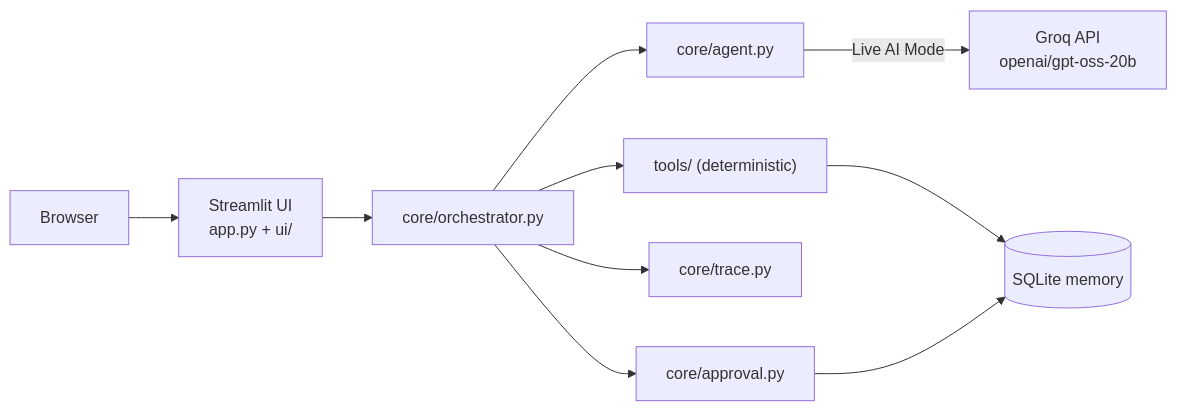
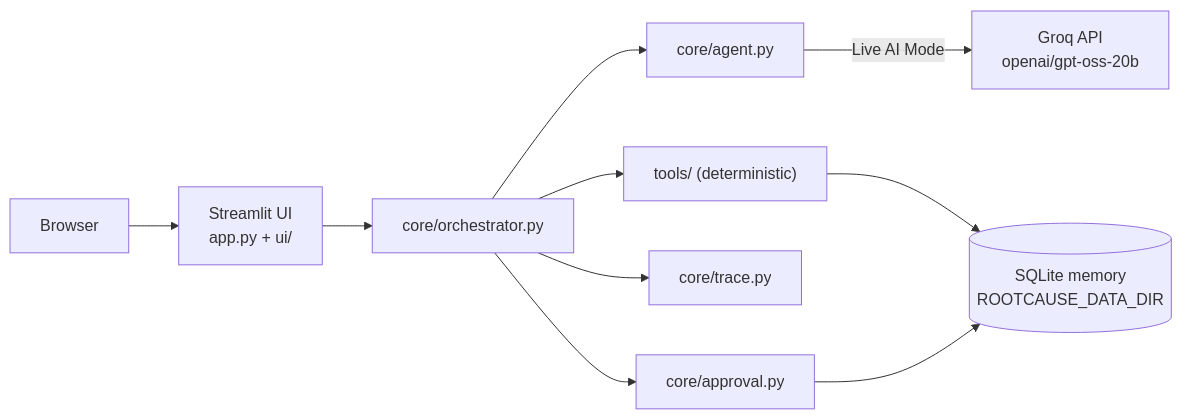
One commit to appars/rootcause-copilot changed the first of 5 diagrams in README.md. Above: the diagram before and after it, drawn with Mermaid. The commit also changed other lines of this file and 32 other files, not shown here.

````diff
--- a/README.md
+++ b/README.md
@@ -45,11 +87,11 @@
 ```mermaid
 flowchart LR
     U["Browser"] --> UI["Streamlit UI<br/>app.py + ui/"]
     UI --> ORCH["core/orchestrator.py"]
     ORCH --> AG["core/agent.py"]
     AG -->|"Live AI Mode"| GROQ["Groq API<br/>openai/gpt-oss-20b"]
     ORCH --> TOOLS["tools/ (deterministic)"]
     ORCH --> TRC["core/trace.py"]
-    TOOLS --> DB[("SQLite memory")]
+    TOOLS --> DB[("SQLite memory<br/>ROOTCAUSE_DATA_DIR")]
     ORCH --> APR["core/approval.py"] --> DB
 ```
````
